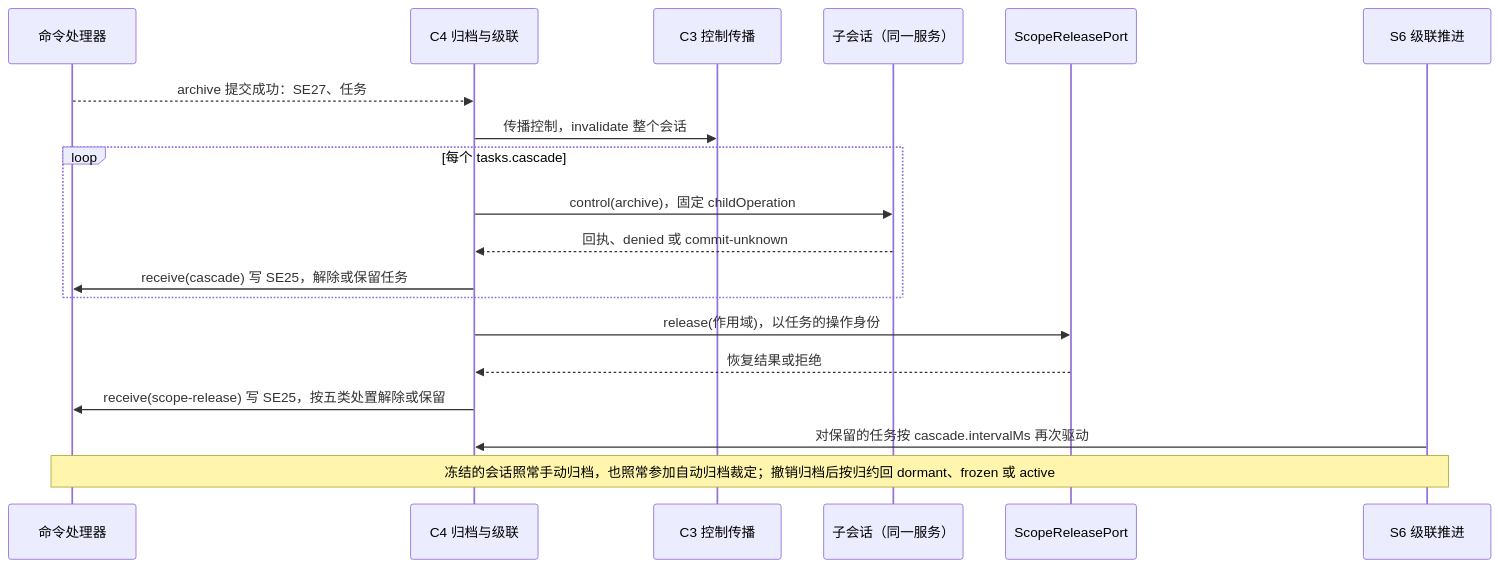
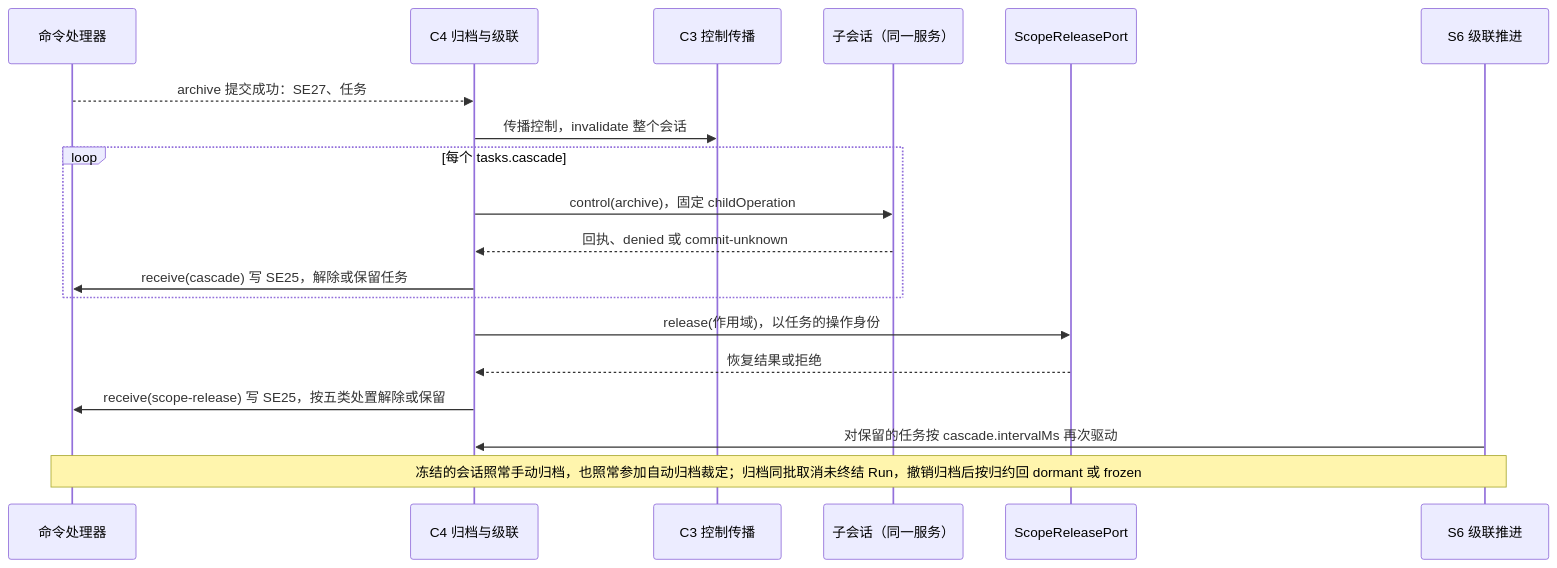
The eighth of 17 diagrams in packages/session/session/docs/flows.md (nemori-ai/omne-harness-lite), drawn with Mermaid before and after one commit. The commit also changed other lines of this file and 29 other files, not shown here.

````diff
--- a/packages/session/session/docs/flows.md
+++ b/packages/session/session/docs/flows.md
@@ -217,21 +217,21 @@
 ```mermaid
 sequenceDiagram
     participant CP as 命令处理器
     participant C4 as C4 归档与级联
     participant C3 as C3 控制传播
     participant Child as 子会话（同一服务）
     participant SR as ScopeReleasePort
     participant S6 as S6 级联推进
     CP-->>C4: archive 提交成功：SE27、任务
     C4->>C3: 传播控制，invalidate 整个会话
     loop 每个 tasks.cascade
         C4->>Child: control(archive)，固定 childOperation
         Child-->>C4: 回执、denied 或 commit-unknown
         C4->>CP: receive(cascade) 写 SE25，解除或保留任务
     end
     C4->>SR: release(作用域)，以任务的操作身份
     SR-->>C4: 恢复结果或拒绝
     C4->>CP: receive(scope-release) 写 SE25，按五类处置解除或保留
     S6->>C4: 对保留的任务按 cascade.intervalMs 再次驱动
-    Note over CP,S6: 冻结的会话照常手动归档，也照常参加自动归档裁定；撤销归档后按归约回 dormant、frozen 或 active
+    Note over CP,S6: 冻结的会话照常手动归档，也照常参加自动归档裁定；归档同批取消未终结 Run，撤销归档后按归约回 dormant 或 frozen
 ```
````
